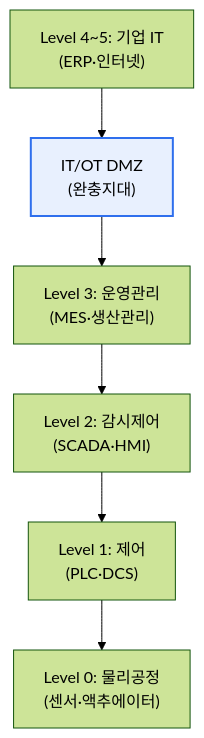
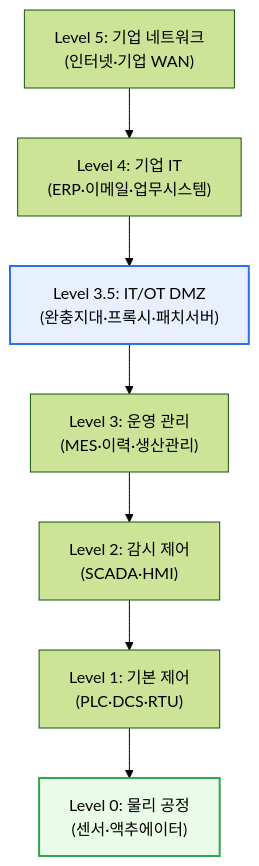
The first of 2 diagrams in content/purdue-model.md (coninggu/wjdqhrhksflrltnftk), drawn with Mermaid (forest theme) before and after one commit. The commit also changed other lines of this file and 3 other files, not shown here.

````diff
--- a/content/purdue-model.md
+++ b/content/purdue-model.md
@@ -15,9 +19,11 @@
 ```mermaid
 flowchart TB
-  L5["Level 4~5: 기업 IT<br/>(ERP·인터넷)"] --> DMZ["IT/OT DMZ<br/>(완충지대)"]
-  DMZ --> L3["Level 3: 운영관리<br/>(MES·생산관리)"]
-  L3 --> L2["Level 2: 감시제어<br/>(SCADA·HMI)"]
-  L2 --> L1["Level 1: 제어<br/>(PLC·DCS)"]
-  L1 --> L0["Level 0: 물리공정<br/>(센서·액추에이터)"]
+  L5["Level 5: 기업 네트워크<br/>(인터넷·기업 WAN)"] --> L4["Level 4: 기업 IT<br/>(ERP·이메일·업무시스템)"]
+  L4 --> DMZ["Level 3.5: IT/OT DMZ<br/>(완충지대·프록시·패치서버)"]
+  DMZ --> L3["Level 3: 운영 관리<br/>(MES·이력·생산관리)"]
+  L3 --> L2["Level 2: 감시 제어<br/>(SCADA·HMI)"]
+  L2 --> L1["Level 1: 기본 제어<br/>(PLC·DCS·RTU)"]
+  L1 --> L0["Level 0: 물리 공정<br/>(센서·액추에이터)"]
   style DMZ fill:#e8f0fe,stroke:#2f6fed,stroke-width:2px
+  style L0 fill:#eafbea,stroke:#2fa84f,stroke-width:2px
 ```
````
